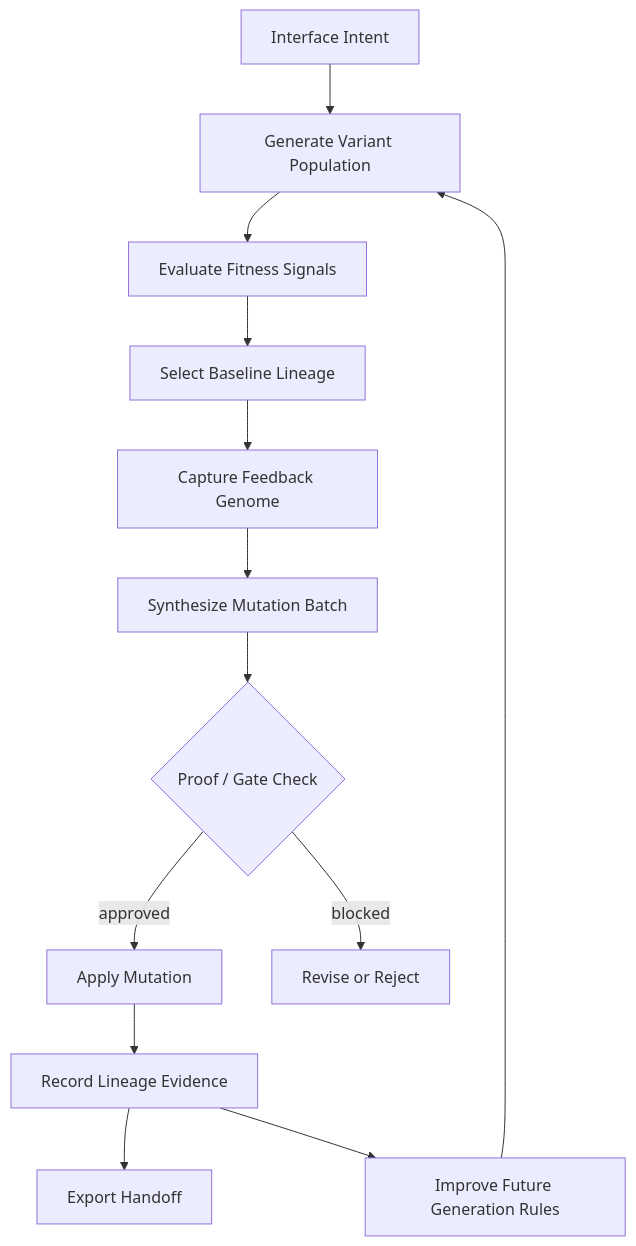
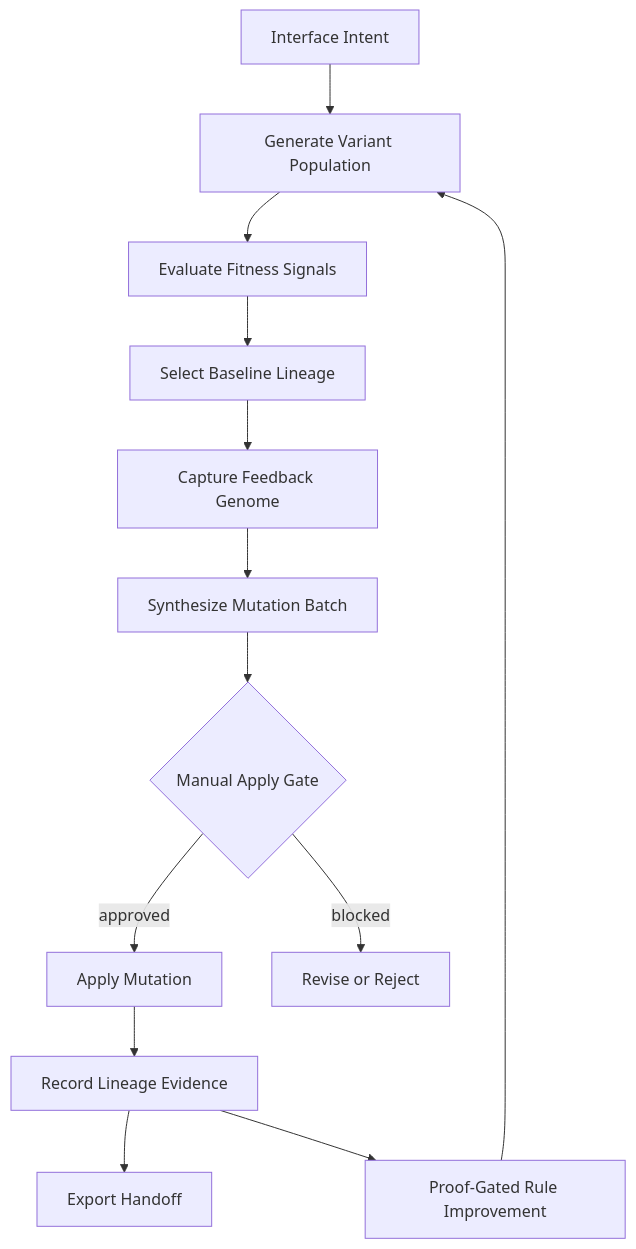
The first of 2 diagrams in docs/features/ui-prototyping-studio/PRODUCT-VIEW.md (cyberAlchemyAI/domainspec), drawn with Mermaid before and after one commit. The commit also changed other lines of this file and 22 other files, not shown here.

````diff
--- a/docs/features/ui-prototyping-studio/PRODUCT-VIEW.md
+++ b/docs/features/ui-prototyping-studio/PRODUCT-VIEW.md
@@ -73,15 +77,15 @@
 ```mermaid
 flowchart TD
   A[Interface Intent] --> B[Generate Variant Population]
   B --> C[Evaluate Fitness Signals]
   C --> D[Select Baseline Lineage]
   D --> E[Capture Feedback Genome]
   E --> F[Synthesize Mutation Batch]
-  F --> G{Proof / Gate Check}
+  F --> G{Manual Apply Gate}
   G -->|approved| H[Apply Mutation]
   G -->|blocked| I[Revise or Reject]
   H --> J[Record Lineage Evidence]
   J --> K[Export Handoff]
-  J --> L[Improve Future Generation Rules]
+  J --> L[Proof-Gated Rule Improvement]
   L --> B
 ```
````
